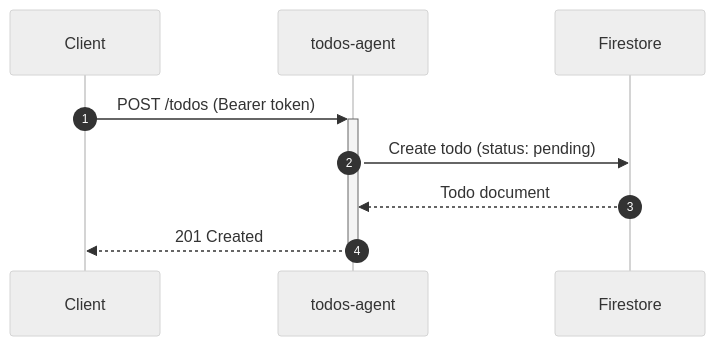
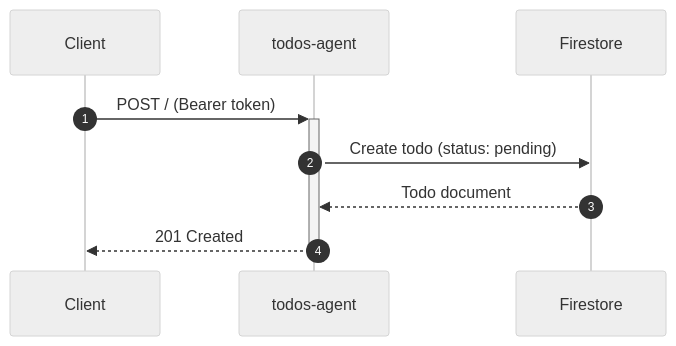
The third of 3 diagrams in docs/services/todos-agent/technical.md (pbuchman/intexuraos), drawn with Mermaid (neutral theme) before and after one commit. The commit also changed other lines of this file and 235 other files, not shown here.

````diff
--- a/docs/services/todos-agent/technical.md
+++ b/docs/services/todos-agent/technical.md
@@ -79,12 +79,12 @@
 ```mermaid
 sequenceDiagram
     autonumber
     participant Client
     participant API as todos-agent
     participant Firestore
 
-    Client->>+API: POST /todos (Bearer token)
+    Client->>+API: POST / (Bearer token)
     API->>Firestore: Create todo (status: pending)
     Firestore-->>API: Todo document
     API-->>-Client: 201 Created
 ```
````
